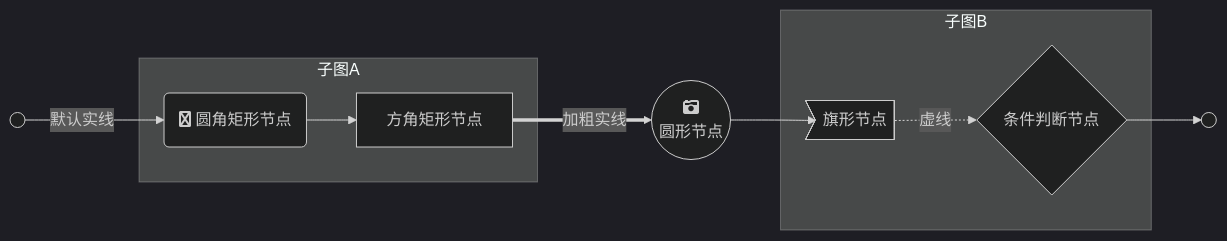
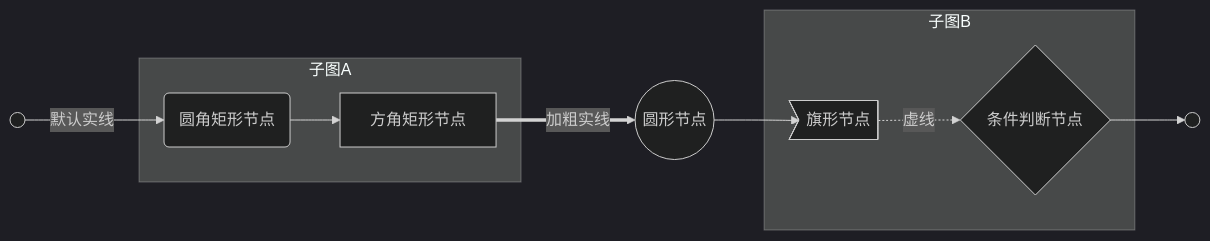
One commit to MadMaxChow/VLOOK changed the first of 6 diagrams in src/md/Markdown风格画图脚本Demo.md. Above: the diagram before and after it, drawn with Mermaid (dark theme). The commit also changed 5 other files, not shown here.

````diff
--- a/src/md/Markdown风格画图脚本Demo.md
+++ b/src/md/Markdown风格画图脚本Demo.md
@@ -31,17 +31,17 @@
 ```mermaid
 graph LR
-START(( )) --> |默认实线|round_edges(fa:fa-twitter 圆角矩形节点)
+START(( )) --> |默认实线|round_edges(圆角矩形节点)
 subgraph 子图A
 	round_edges --> text[方角矩形节点]
 end
 
-text ==> |加粗实线|circle((fa:fa-camera-retro<br>圆形节点))
+text ==> |加粗实线|circle((圆形节点))
 circle --> asymetric>旗形节点]
 
 subgraph 子图B
 	asymetric -.-> |虚线|rhombus{条件判断节点}
 end
 
 rhombus --> END
 END(( ))
 ```
````
